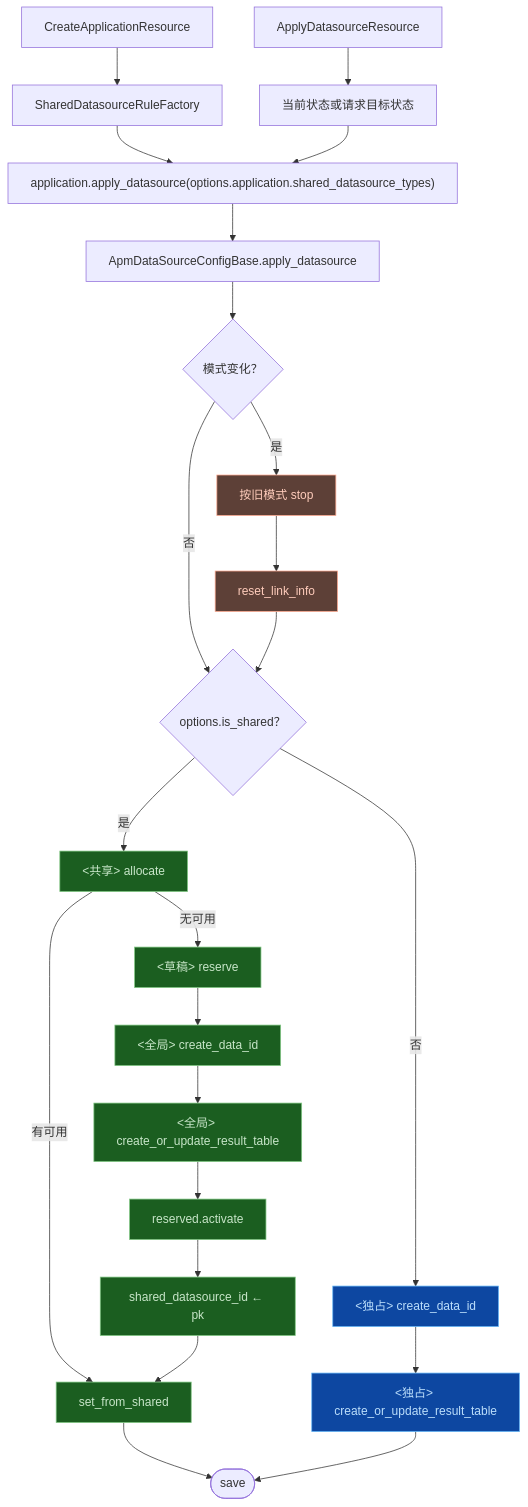
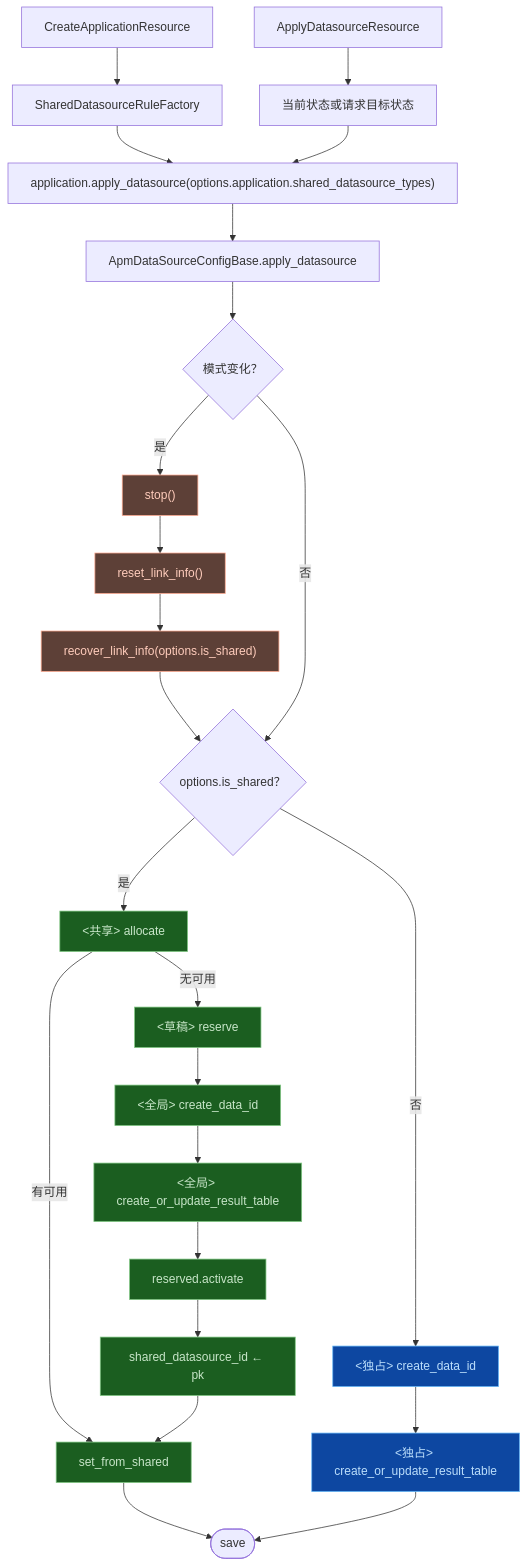
The eighth of 10 diagrams in knowledge/bkmonitor/issues/2026-03-03-apm-shared-datasource/PLAN.md (ZhuoZhuoCrayon/ai-workspace), drawn with Mermaid before and after one commit. The commit also changed other lines of this file and 4 other files, not shown here.

````diff
--- a/knowledge/bkmonitor/issues/2026-03-03-apm-shared-datasource/PLAN.md
+++ b/knowledge/bkmonitor/issues/2026-03-03-apm-shared-datasource/PLAN.md
@@ -321,39 +325,40 @@
 ```mermaid
 flowchart TD
     C0["CreateApplicationResource"] --> C1["SharedDatasourceRuleFactory"]
 
     A0["ApplyDatasourceResource"] --> A1["当前状态或请求目标状态"]
 
     C1 --> E["application.apply_datasource(options.application.shared_datasource_types)"]
     A1 --> E
 
     E --> F["ApmDataSourceConfigBase.apply_datasource"]
     F --> M{"模式变化？"}
-    M -->|是| N["按旧模式 stop"]
-    N --> O["reset_link_info"]
-    M -->|否| B2{"options.is_shared？"}
-    O --> B2
+    M -->|是| N["stop()"]
+    N --> O["reset_link_info()"]
+    O --> P["recover_link_info(options.is_shared)"]
+    P --> B2{"options.is_shared？"}
+    M -->|否| B2
 
     B2 -->|是| S1["<共享> allocate"]
     S1 -->|有可用| S2["set_from_shared"]
     S1 -->|无可用| S3["<草稿> reserve"]
     S3 --> S4["<全局> create_data_id"]
     S4 --> S5["<全局> create_or_update_result_table"]
     S5 --> S6["reserved.activate"]
     S6 --> S7["shared_datasource_id ← pk"]
     S7 --> S2
 
     B2 -->|否| D1["<独占> create_data_id"]
     D1 --> D2["<独占> create_or_update_result_table"]
 
     S2 --> J(["save"])
     D2 --> J
 
     classDef migrate fill:#5d4037,stroke:#ffab91,color:#ffccbc
     classDef shared fill:#1b5e20,stroke:#81c784,color:#c8e6c9
     classDef dedicated fill:#0d47a1,stroke:#64b5f6,color:#bbdefb
 
-    class N,O migrate
+    class N,O,P migrate
     class S1,S2,S3,S4,S5,S6,S7 shared
     class D1,D2 dedicated
 ```
````
